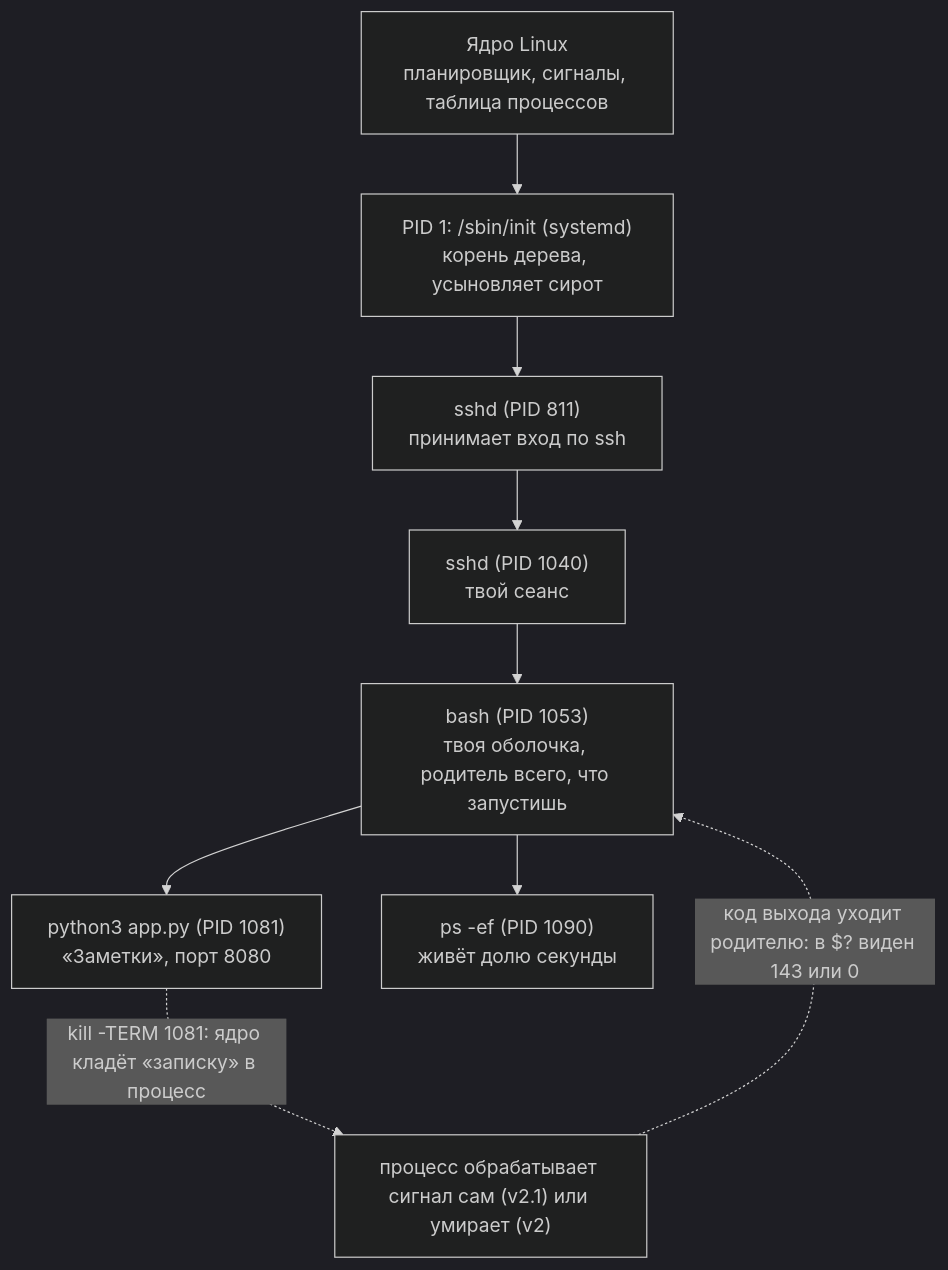
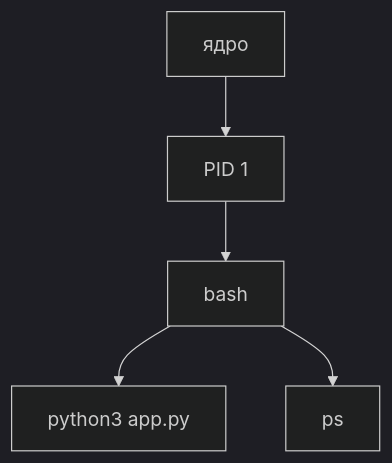
The first of 3 diagrams in devops/01-linux/04-processes-signals.md (distinguished-sre/learning), drawn with Mermaid (dark theme) before and after one commit. The commit also changed other lines of this file and 462 other files, not shown here.

````diff
--- a/devops/01-linux/04-processes-signals.md
+++ b/devops/01-linux/04-processes-signals.md
@@ -37,11 +36,7 @@
 ```mermaid
 flowchart TD
-    K["Ядро Linux<br>планировщик, сигналы, таблица процессов"] --> I["PID 1: /sbin/init (systemd)<br>корень дерева, усыновляет сирот"]
-    I --> S["sshd (PID 811)<br>принимает вход по ssh"]
-    S --> S2["sshd (PID 1040)<br>твой сеанс"]
-    S2 --> B["bash (PID 1053)<br>твоя оболочка, родитель всего, что запустишь"]
-    B --> A["python3 app.py (PID 1081)<br>«Заметки», порт 8080"]
-    B --> P["ps -ef (PID 1090)<br>живёт долю секунды"]
-    A -.->|"kill -TERM 1081: ядро кладёт «записку» в процесс"| X["процесс обрабатывает сигнал сам (v2.1) или умирает (v2)"]
-    X -.->|"код выхода уходит родителю: в $? виден 143 или 0"| B
+    K["ядро"] --> I["PID 1"]
+    I --> B["bash"]
+    B --> A["python3 app.py"]
+    B --> P["ps"]
 ```
````
